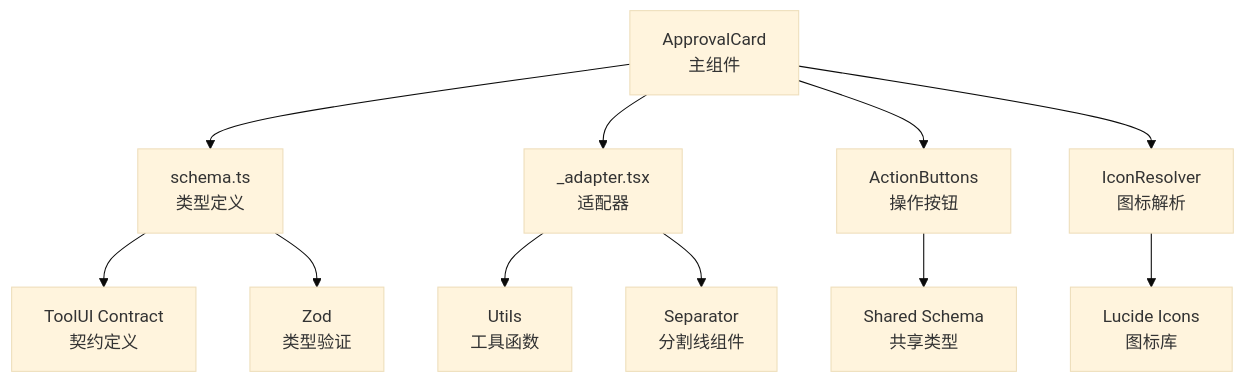
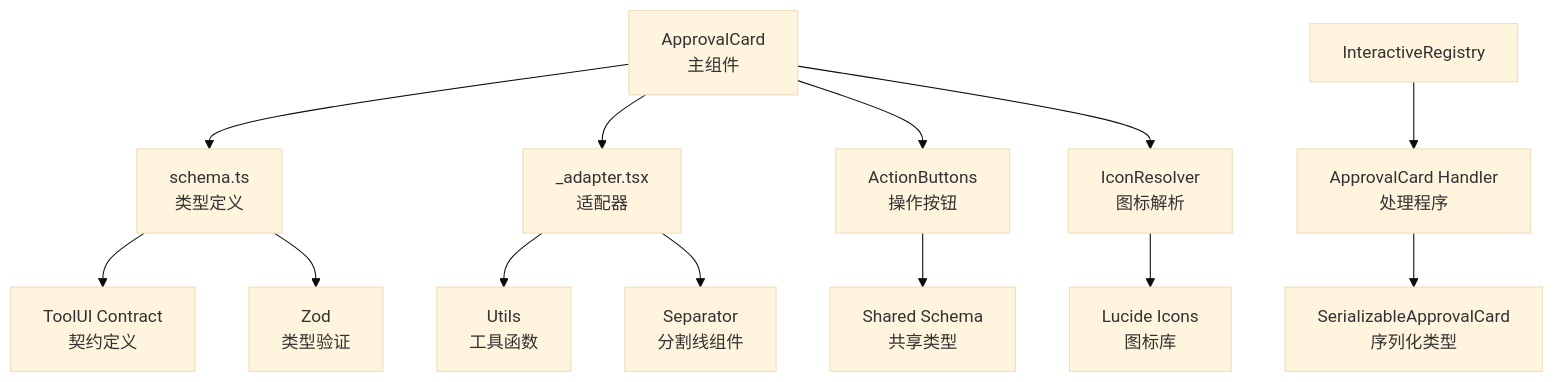
The ninth of 9 diagrams in .qoder/repowiki/zh/content/Web界面/UI组件系统/工具UI组件/审批卡片组件.md (verse-ai-org/openclaw), drawn with Mermaid (base theme) before and after one commit. The commit also changed other lines of this file and 11 other files, not shown here.

````diff
--- a/.qoder/repowiki/zh/content/Web界面/UI组件系统/工具UI组件/审批卡片组件.md
+++ b/.qoder/repowiki/zh/content/Web界面/UI组件系统/工具UI组件/审批卡片组件.md
@@ -404,13 +471,15 @@
 ```mermaid
 graph TD
 ApprovalCard["ApprovalCard<br/>主组件"] --> Schema["schema.ts<br/>类型定义"]
 ApprovalCard --> Adapter["_adapter.tsx<br/>适配器"]
 ApprovalCard --> ActionButtons["ActionButtons<br/>操作按钮"]
 ApprovalCard --> IconResolver["IconResolver<br/>图标解析"]
 Schema --> Contract["ToolUI Contract<br/>契约定义"]
 Schema --> Zod["Zod<br/>类型验证"]
 Adapter --> Utils["Utils<br/>工具函数"]
 Adapter --> Separator["Separator<br/>分割线组件"]
 ActionButtons --> SharedSchema["Shared Schema<br/>共享类型"]
 IconResolver --> LucideIcons["Lucide Icons<br/>图标库"]
+InteractiveRegistry --> ApprovalCardHandler["ApprovalCard Handler<br/>处理程序"]
+ApprovalCardHandler --> SerializableApprovalCard["SerializableApprovalCard<br/>序列化类型"]
 ```
````
